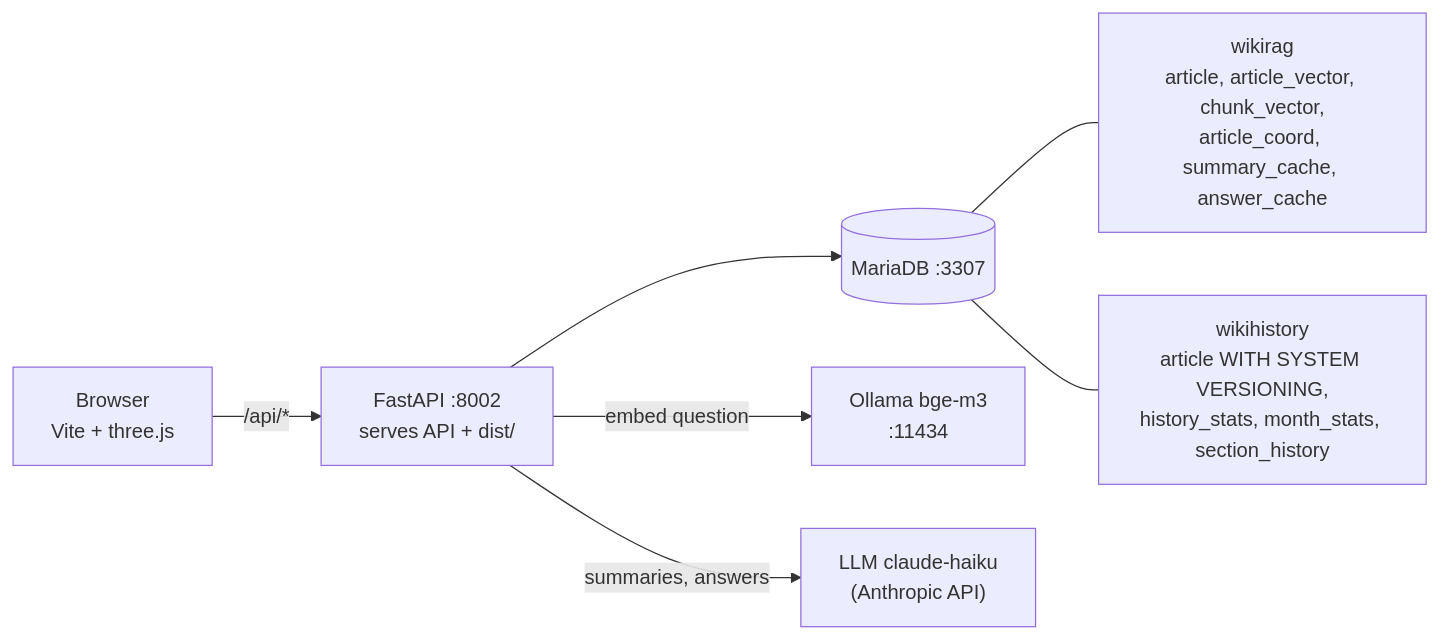
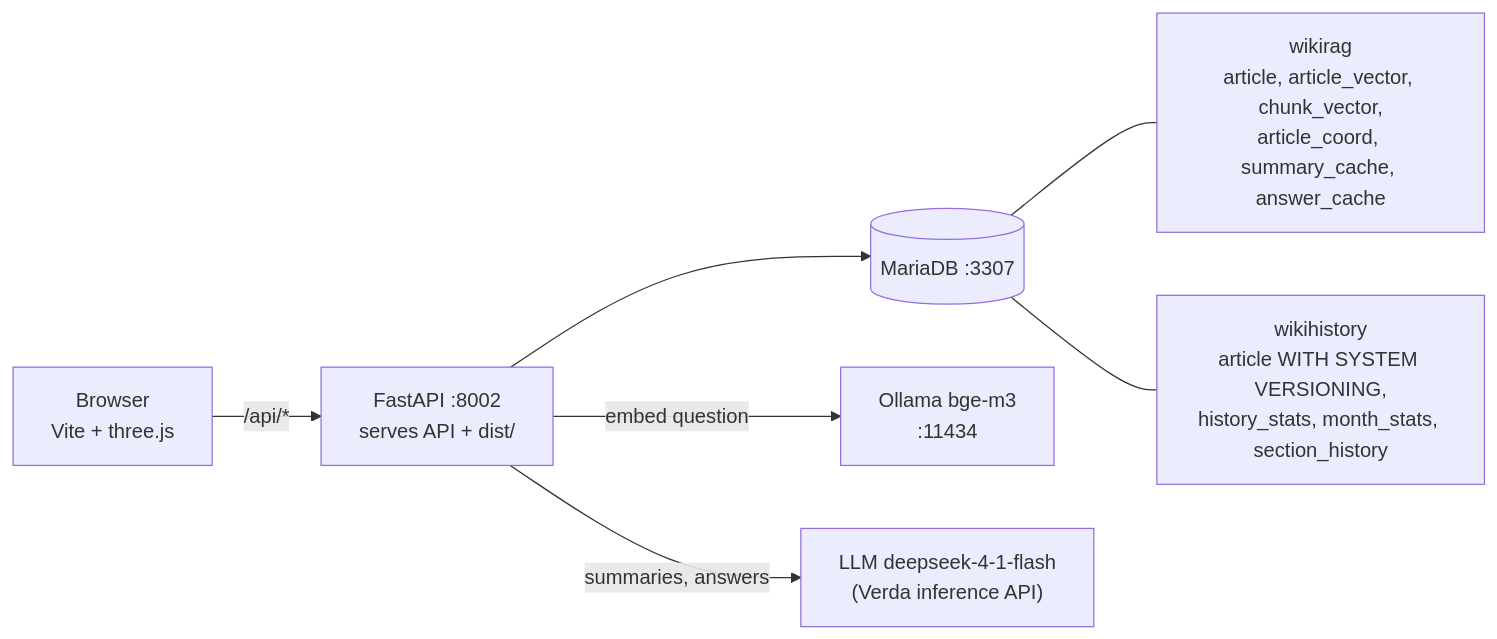
The diagram in README.md (Pbi-with-love/WikiGoldentime-Junction2026), drawn with Mermaid before and after one commit. The commit also changed other lines of this file and 2 other files, not shown here.

Commit message:
Public URL https://wikimemory.tech (Caddy), README: live demo link and Verda LLM

````diff
--- a/README.md
+++ b/README.md
@@ -50,9 +52,9 @@
 ```mermaid
 flowchart LR
   B["Browser<br/>Vite + three.js"] -->|"/api/*"| F["FastAPI :8002<br/>serves API + dist/"]
   F --> M[("MariaDB :3307")]
   F -->|"embed question"| O["Ollama bge-m3<br/>:11434"]
-  F -->|"summaries, answers"| L["LLM claude-haiku<br/>(Anthropic API)"]
+  F -->|"summaries, answers"| L["LLM deepseek-4-1-flash<br/>(Verda inference API)"]
   M --- R["wikirag<br/>article, article_vector, chunk_vector,<br/>article_coord, summary_cache, answer_cache"]
   M --- H["wikihistory<br/>article WITH SYSTEM VERSIONING,<br/>history_stats, month_stats, section_history"]
 ```
````
